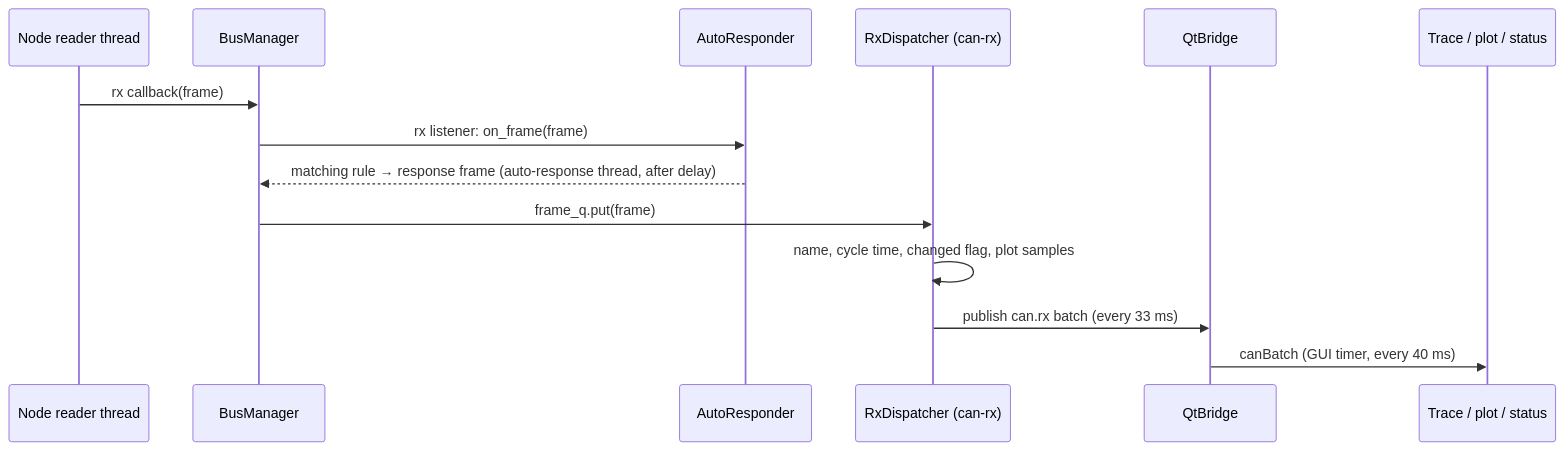
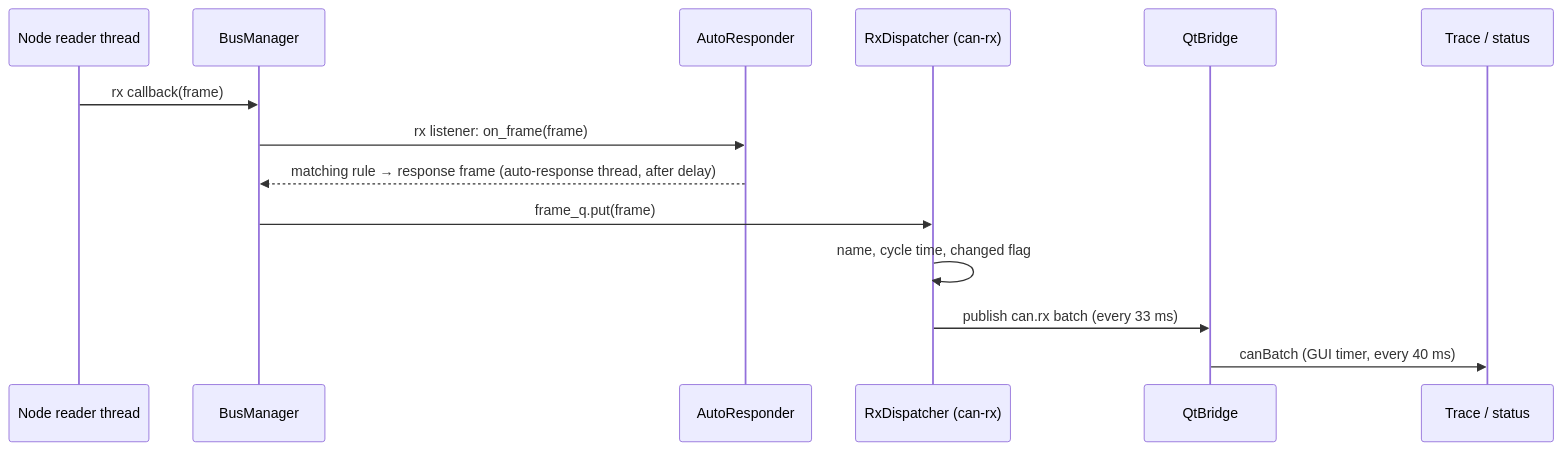
The third of 5 diagrams in docs/design/HLD.md (Thuongst97/CAN_SIMULATOR), drawn with Mermaid before and after one commit. The commit also changed other lines of this file and 24 other files, not shown here.

````diff
--- a/docs/design/HLD.md
+++ b/docs/design/HLD.md
@@ -166,16 +166,16 @@
 ```mermaid
 sequenceDiagram
     participant N as Node reader thread
     participant B as BusManager
     participant A as AutoResponder
     participant R as RxDispatcher (can-rx)
     participant Q as QtBridge
-    participant UI as Trace / plot / status
+    participant UI as Trace / status
     N->>B: rx callback(frame)
     B->>A: rx listener: on_frame(frame)
     A-->>B: matching rule → response frame (auto-response thread, after delay)
     B->>R: frame_q.put(frame)
-    R->>R: name, cycle time, changed flag, plot samples
+    R->>R: name, cycle time, changed flag
     R->>Q: publish can.rx batch (every 33 ms)
     Q->>UI: canBatch (GUI timer, every 40 ms)
 ```
````
